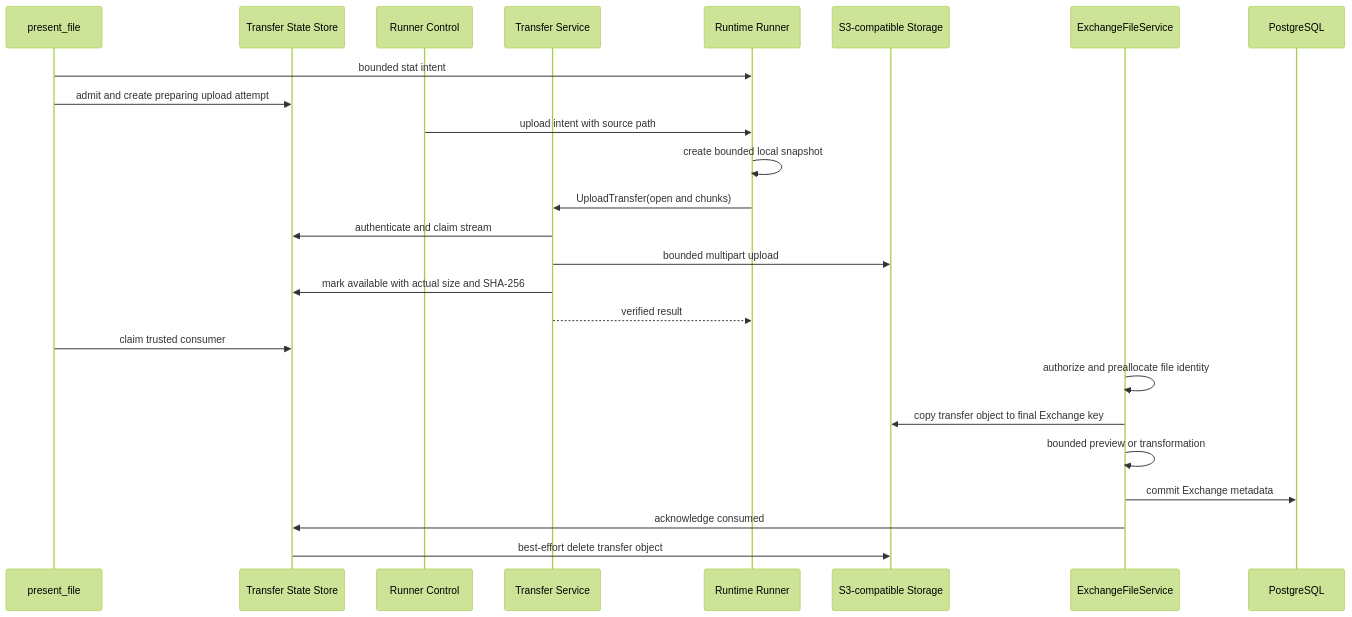
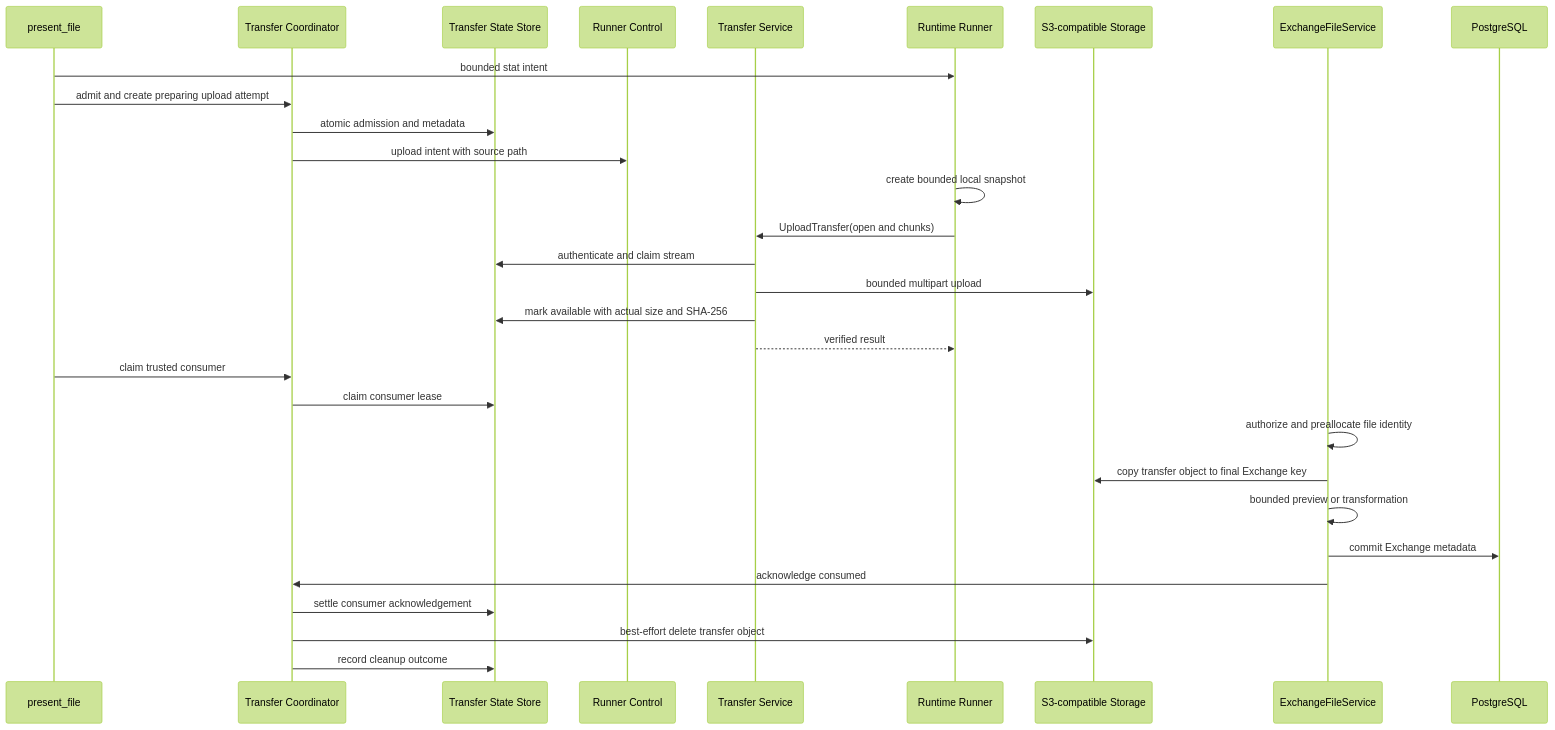
The fourth of 4 diagrams in docs/azents/design/transfer-260725-runtime-file-transfer.md (azents/azents), drawn with Mermaid (forest theme) before and after one commit. The commit also changed other lines of this file and 1 other file, not shown here.

Commit message:
Clarify transfer state process ownership

````diff
--- a/docs/azents/design/transfer-260725-runtime-file-transfer.md
+++ b/docs/azents/design/transfer-260725-runtime-file-transfer.md
@@ -389,28 +414,33 @@
 ```mermaid
 sequenceDiagram
     participant Tool as present_file
+    participant Coordinator as Transfer Coordinator
     participant State as Transfer State Store
     participant Control as Runner Control
     participant Transfer as Transfer Service
     participant Runner as Runtime Runner
     participant S3 as S3-compatible Storage
     participant Exchange as ExchangeFileService
     participant DB as PostgreSQL
 
     Tool->>Runner: bounded stat intent
-    Tool->>State: admit and create preparing upload attempt
-    Control->>Runner: upload intent with source path
+    Tool->>Coordinator: admit and create preparing upload attempt
+    Coordinator->>State: atomic admission and metadata
+    Coordinator->>Control: upload intent with source path
     Runner->>Runner: create bounded local snapshot
     Runner->>Transfer: UploadTransfer(open and chunks)
     Transfer->>State: authenticate and claim stream
     Transfer->>S3: bounded multipart upload
     Transfer->>State: mark available with actual size and SHA-256
     Transfer-->>Runner: verified result
-    Tool->>State: claim trusted consumer
+    Tool->>Coordinator: claim trusted consumer
+    Coordinator->>State: claim consumer lease
     Exchange->>Exchange: authorize and preallocate file identity
     Exchange->>S3: copy transfer object to final Exchange key
     Exchange->>Exchange: bounded preview or transformation
     Exchange->>DB: commit Exchange metadata
-    Exchange->>State: acknowledge consumed
-    State->>S3: best-effort delete transfer object
+    Exchange->>Coordinator: acknowledge consumed
+    Coordinator->>State: settle consumer acknowledgement
+    Coordinator->>S3: best-effort delete transfer object
+    Coordinator->>State: record cleanup outcome
 ```
````
